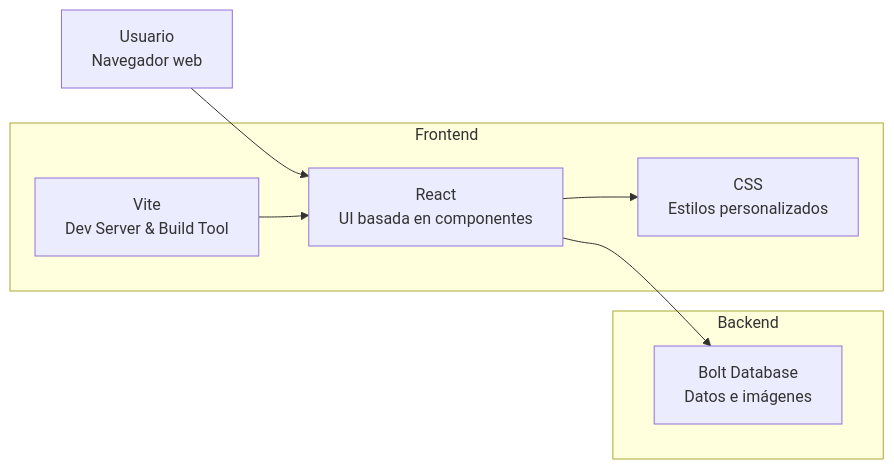
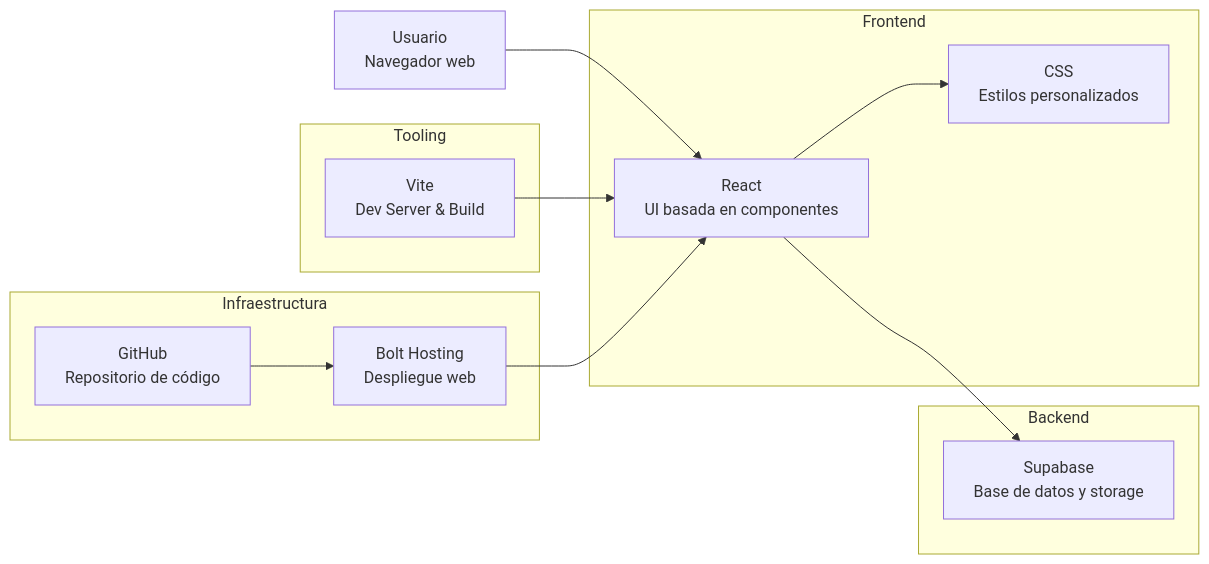
Before and after one commit to nicomencia/peredaweb: the diagram in README.md, drawn with Mermaid.

Commit message:
Update README to include Vite and Supabase details

````diff
--- a/README.md
+++ b/README.md
@@ -11,19 +11,31 @@
 ```mermaid
 flowchart LR
     User[Usuario<br/>Navegador web]
 
     subgraph Frontend
         React[React<br/>UI basada en componentes]
-        Vite[Vite<br/>Dev Server & Build Tool]
         CSS[CSS<br/>Estilos personalizados]
     end
 
+    subgraph Tooling
+        Vite[Vite<br/>Dev Server & Build]
+    end
+
     subgraph Backend
-        Bolt[Bolt Database<br/>Datos e imágenes]
+        Supabase[Supabase<br/>Base de datos y storage]
+    end
+
+    subgraph Infraestructura
+        BoltHost[Bolt Hosting<br/>Despliegue web]
+        GitHub[GitHub<br/>Repositorio de código]
     end
 
     User --> React
     React --> CSS
+    React --> Supabase
+
     Vite --> React
-    React --> Bolt
+
+    GitHub --> BoltHost
+    BoltHost --> React
 ```
````
